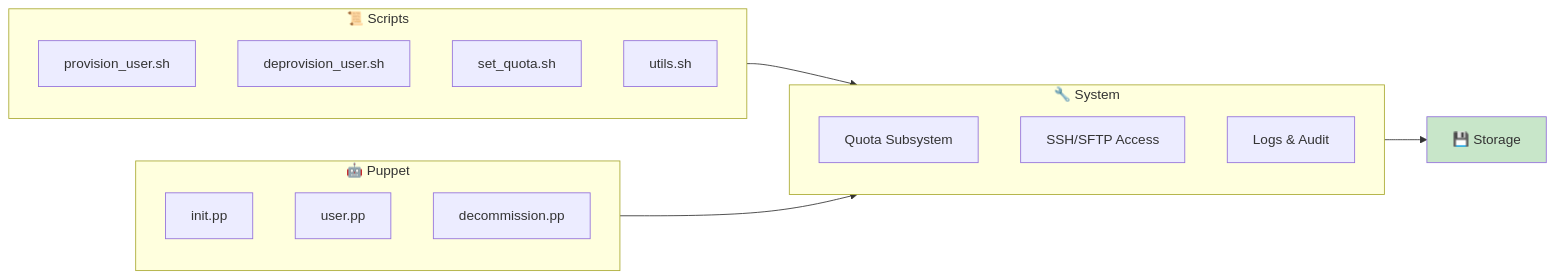
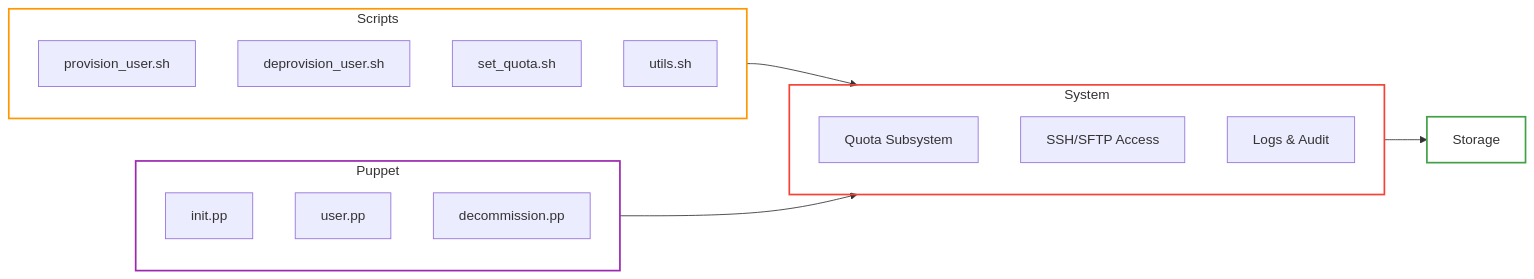
The fourth of 5 diagrams in README.md (aaronwittchen/Automated-Storage-Provisioning-Tool), drawn with Mermaid before and after one commit. The commit also changed other lines of this file, not shown here.

````diff
--- a/README.md
+++ b/README.md
@@ -298,27 +281,30 @@
 ```mermaid
 graph LR
-    subgraph Scripts["📜 Scripts"]
+    subgraph Scripts["Scripts"]
         PS["provision_user.sh"]
         DS["deprovision_user.sh"]
         QS["set_quota.sh"]
         US["utils.sh"]
     end
-    
-    subgraph Puppet_M["🤖 Puppet"]
+   
+    subgraph Puppet_M["Puppet"]
         Init["init.pp"]
         User["user.pp"]
         Decom["decommission.pp"]
     end
-    
-    subgraph System["🔧 System"]
+   
+    subgraph System["System"]
         Quota["Quota Subsystem"]
         Access["SSH/SFTP Access"]
         Logs["Logs & Audit"]
     end
-    
+   
     Scripts --> System
     Puppet_M --> System
-    System --> Storage["💾 Storage"]
-    
-    style Storage fill:#c8e6c9
+    System --> Storage["Storage"]
+   
+    style Scripts fill:none,stroke:#ff9800,stroke-width:2px
+    style Puppet_M fill:none,stroke:#9c27b0,stroke-width:2px
+    style System fill:none,stroke:#f44336,stroke-width:2px
+    style Storage fill:none,stroke:#43a047,stroke-width:2px
 ```
````
